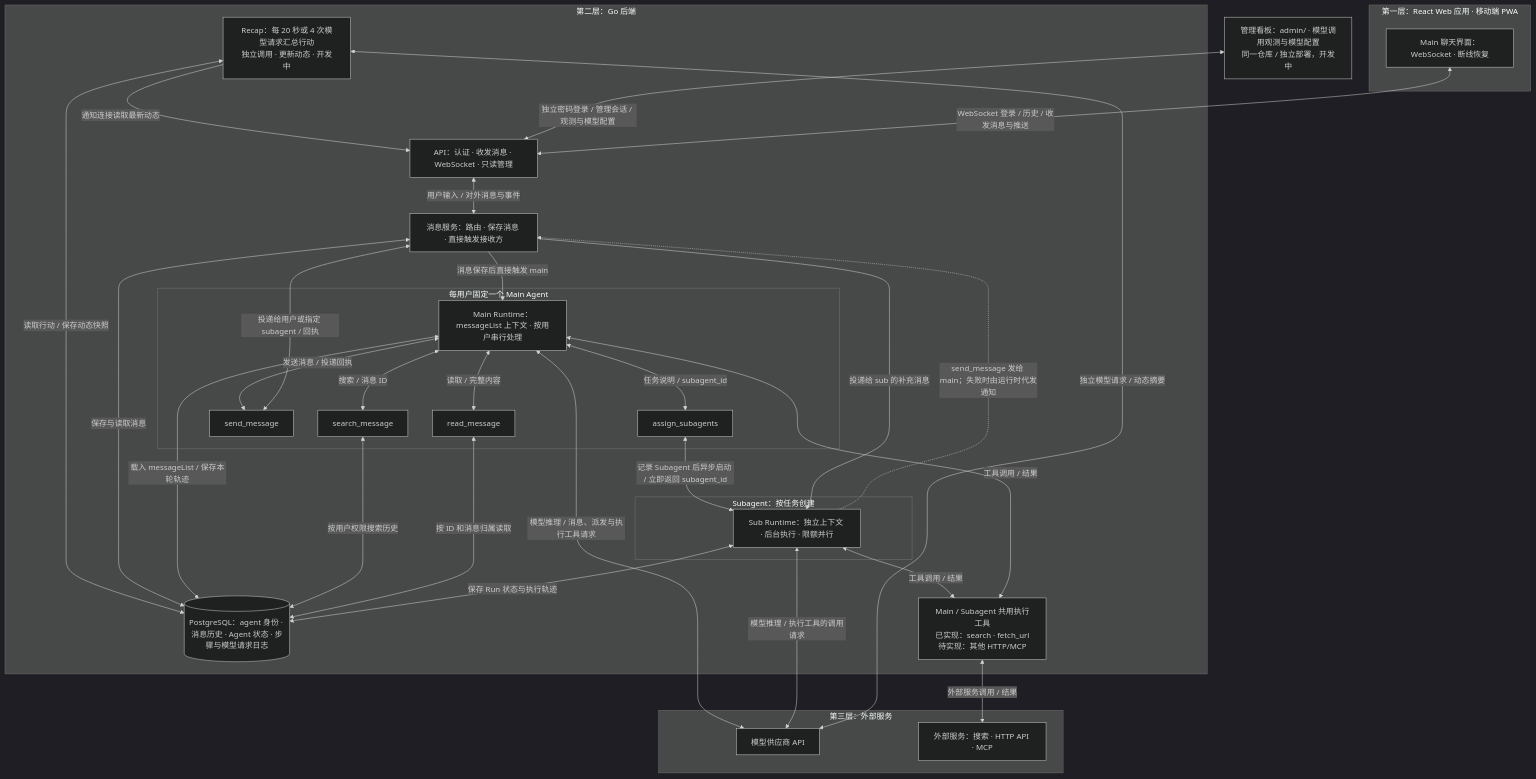
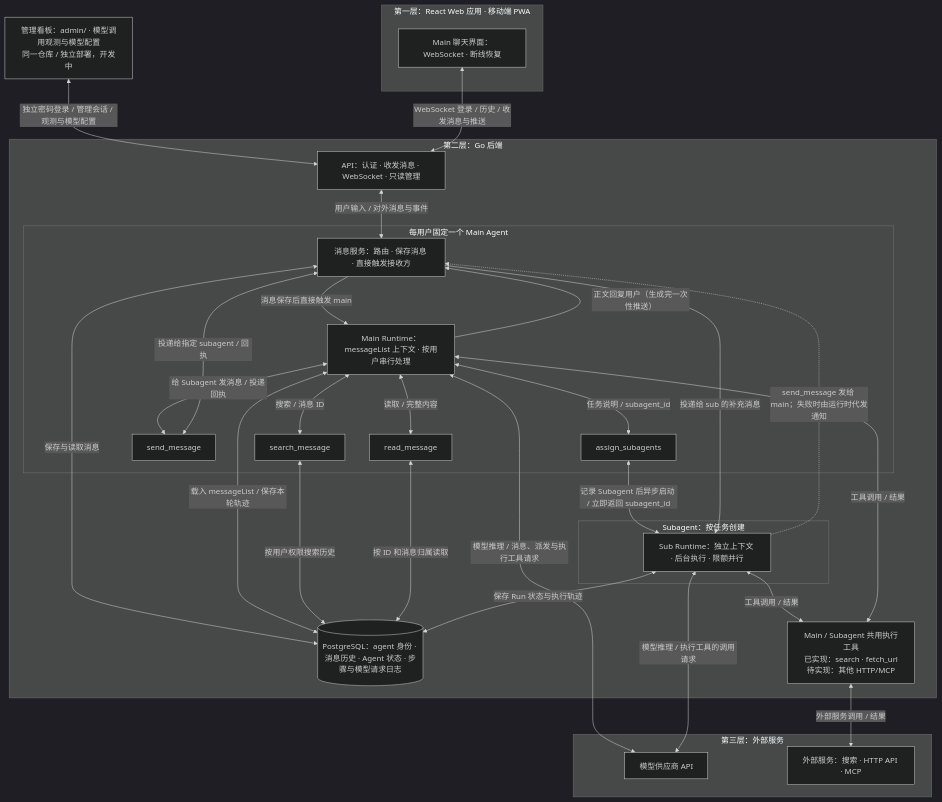
Before and after one commit to OmniNetOpensource/aether-personal: the diagram in docs/architecture.mmd, drawn with Mermaid (dark theme). The commit also changed 65 other files, not shown here.

```diff
--- a/docs/architecture.mmd
+++ b/docs/architecture.mmd
@@ -1,61 +1,57 @@
 flowchart TD
     subgraph L1["第一层：React Web 应用 · 移动端 PWA"]
         CLIENT["Main 聊天界面：WebSocket · 断线恢复"]
     end
 
     subgraph L2["第二层：Go 后端"]
         API["API：认证 · 收发消息 · WebSocket · 只读管理"]
         MESSAGES["消息服务：路由 · 保存消息 · 直接触发接收方"]
         DB[("PostgreSQL：agent 身份 · 消息历史 · Agent 状态 · 步骤与模型请求日志")]
 
         subgraph MAINBOX["每用户固定一个 Main Agent"]
             MAIN["Main Runtime：messageList 上下文 · 按用户串行处理"]
             ASSIGN["assign_subagents"]
             SEND["send_message"]
             SEARCH["search_message"]
             READ["read_message"]
 
             MAIN <-->|"任务说明 / subagent_id"| ASSIGN
-            MAIN <-->|"发送消息 / 投递回执"| SEND
+            MAIN <-->|"给 Subagent 发消息 / 投递回执"| SEND
             MAIN <-->|"搜索 / 消息 ID"| SEARCH
             MAIN <-->|"读取 / 完整内容"| READ
+            MAIN -->|"正文回复用户（生成完一次性推送）"| MESSAGES
         end
 
         subgraph SUBBOX["Subagent：按任务创建"]
             SUB["Sub Runtime：独立上下文 · 后台执行 · 限额并行"]
         end
-
-        RECAP["Recap：每 20 秒或 4 次模型请求汇总行动<br/>独立调用 · 更新动态 · 开发中"]
-        RECAP <-->|"读取行动 / 保存动态快照"| DB
-        RECAP -->|"通知连接读取最新动态"| API
 
         TOOLS["Main / Subagent 共用执行工具<br/>已实现：search · fetch_url<br/>待实现：其他 HTTP/MCP"]
         SUB <-->|"工具调用 / 结果"| TOOLS
         MAIN <-->|"工具调用 / 结果"| TOOLS
         API <-->|"用户输入 / 对外消息与事件"| MESSAGES
         MESSAGES <-->|"保存与读取消息"| DB
         MESSAGES -->|"消息保存后直接触发 main"| MAIN
         MAIN <-->|"载入 messageList / 保存本轮轨迹"| DB
 
         ASSIGN <-->|"记录 Subagent 后异步启动 / 立即返回 subagent_id"| SUB
-        SEND <-->|"投递给用户或指定 subagent / 回执"| MESSAGES
+        SEND <-->|"投递给指定 subagent / 回执"| MESSAGES
         SEARCH <-->|"按用户权限搜索历史"| DB
         READ <-->|"按 ID 和消息归属读取"| DB
 
         MESSAGES -->|"投递给 sub 的补充消息"| SUB
         SUB -.->|"send_message 发给 main；失败时由运行时代发通知"| MESSAGES
         SUB <-->|"保存 Run 状态与执行轨迹"| DB
     end
 
     subgraph L3["第三层：外部服务"]
         MODEL["模型供应商 API"]
         EXTERNAL["外部服务：搜索 · HTTP API · MCP"]
     end
 
     ADMIN["管理看板：admin/ · 模型调用观测与模型配置<br/>同一仓库 / 独立部署，开发中"]
     ADMIN <-->|"独立密码登录 / 管理会话 / 观测与模型配置"| API
     CLIENT <-->|"WebSocket 登录 / 历史 / 收发消息与推送"| API
     MAIN <-->|"模型推理 / 消息、派发与执行工具请求"| MODEL
     SUB <-->|"模型推理 / 执行工具的调用请求"| MODEL
-    RECAP <-->|"独立模型请求 / 动态摘要"| MODEL
     TOOLS <-->|"外部服务调用 / 结果"| EXTERNAL
```
